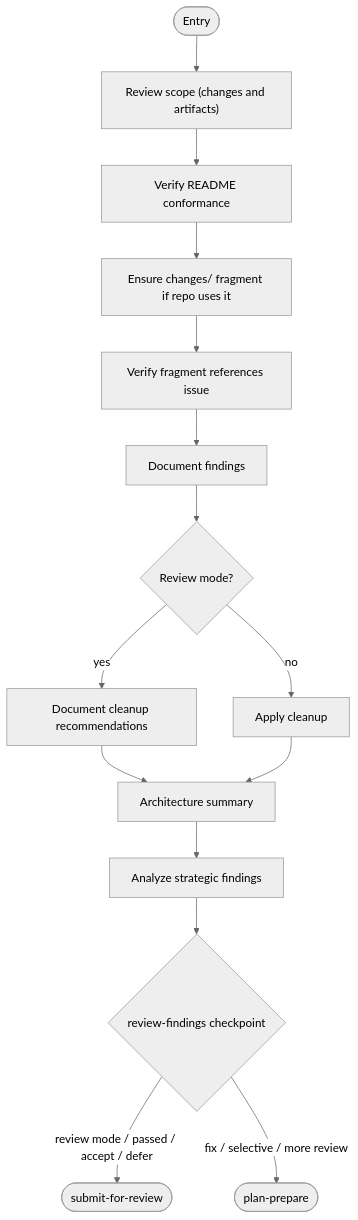
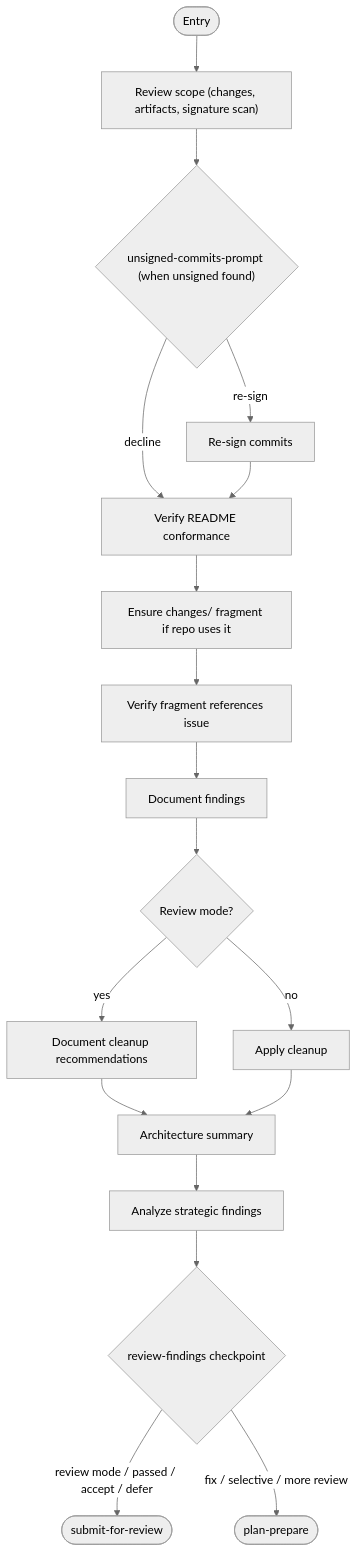
One commit to m2ux/workflow-server changed diagram 13 of 15 in work-package/activities/README.md. Above: the diagram before and after it, drawn with Mermaid (neutral theme). The commit also changed other lines of this file and 24 other files, not shown here.

````diff
--- a/work-package/activities/README.md
+++ b/work-package/activities/README.md
@@ -384,17 +384,20 @@
 ```mermaid
 graph TD
-    entryNode(["Entry"]) --> reviewScope["Review scope (changes and artifacts)"]
-    reviewScope --> verifyReadme["Verify README conformance"]
+    entryNode(["Entry"]) --> reviewScope["Review scope (changes, artifacts, signature scan)"]
+    reviewScope --> cpUnsigned{"unsigned-commits-prompt (when unsigned found)"}
+    cpUnsigned -->|"re-sign"| resign["Re-sign commits"]
+    cpUnsigned -->|"decline"| verifyReadme
+    resign --> verifyReadme["Verify README conformance"]
     verifyReadme --> changesFrag["Ensure changes/ fragment if repo uses it"]
     changesFrag --> verifyFragment["Verify fragment references issue"]
     verifyFragment --> documentFindings["Document findings"]
     documentFindings --> cleanupBranch{"Review mode?"}
     cleanupBranch -->|"yes"| docCleanup["Document cleanup recommendations"]
     cleanupBranch -->|"no"| applyCleanup["Apply cleanup"]
     docCleanup --> createArchSummary
     applyCleanup --> createArchSummary["Architecture summary"]
     createArchSummary --> analyze["Analyze strategic findings"]
     analyze --> cpFindings{"review-findings checkpoint"}
     cpFindings -->|"review mode / passed / accept / defer"| exitSubmit(["submit-for-review"])
     cpFindings -->|"fix / selective / more review"| exitPlan(["plan-prepare"])
 ```
````
